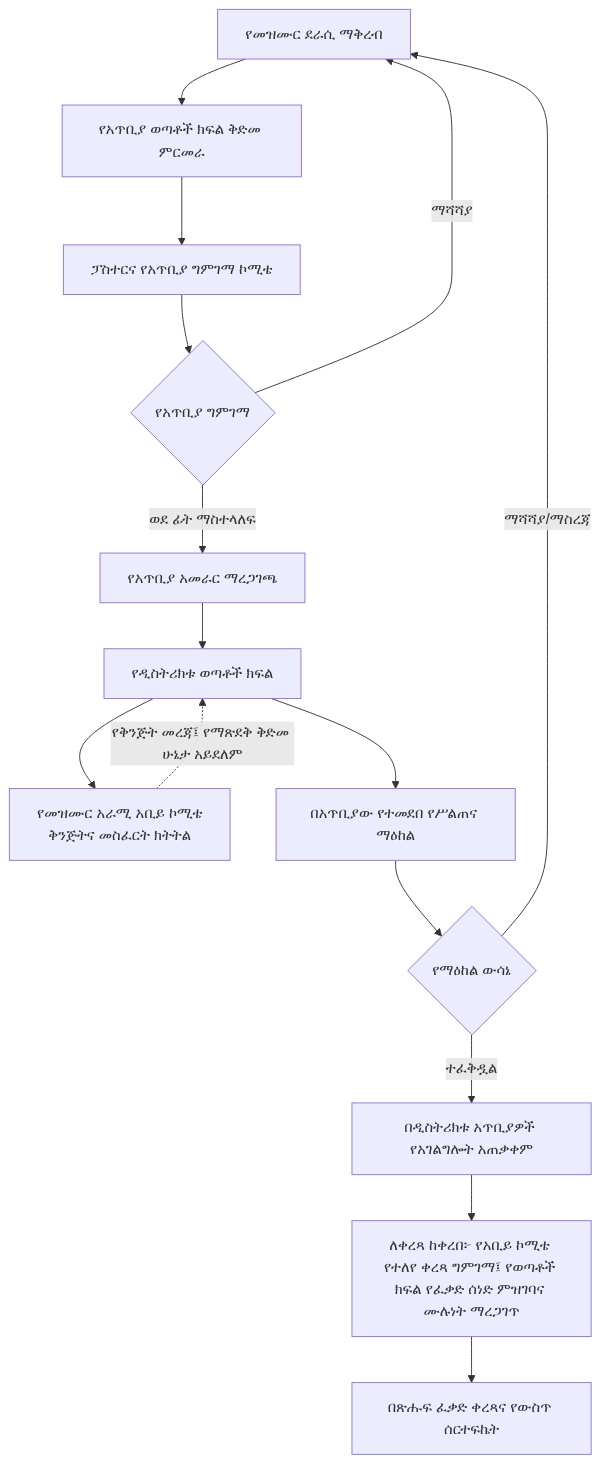
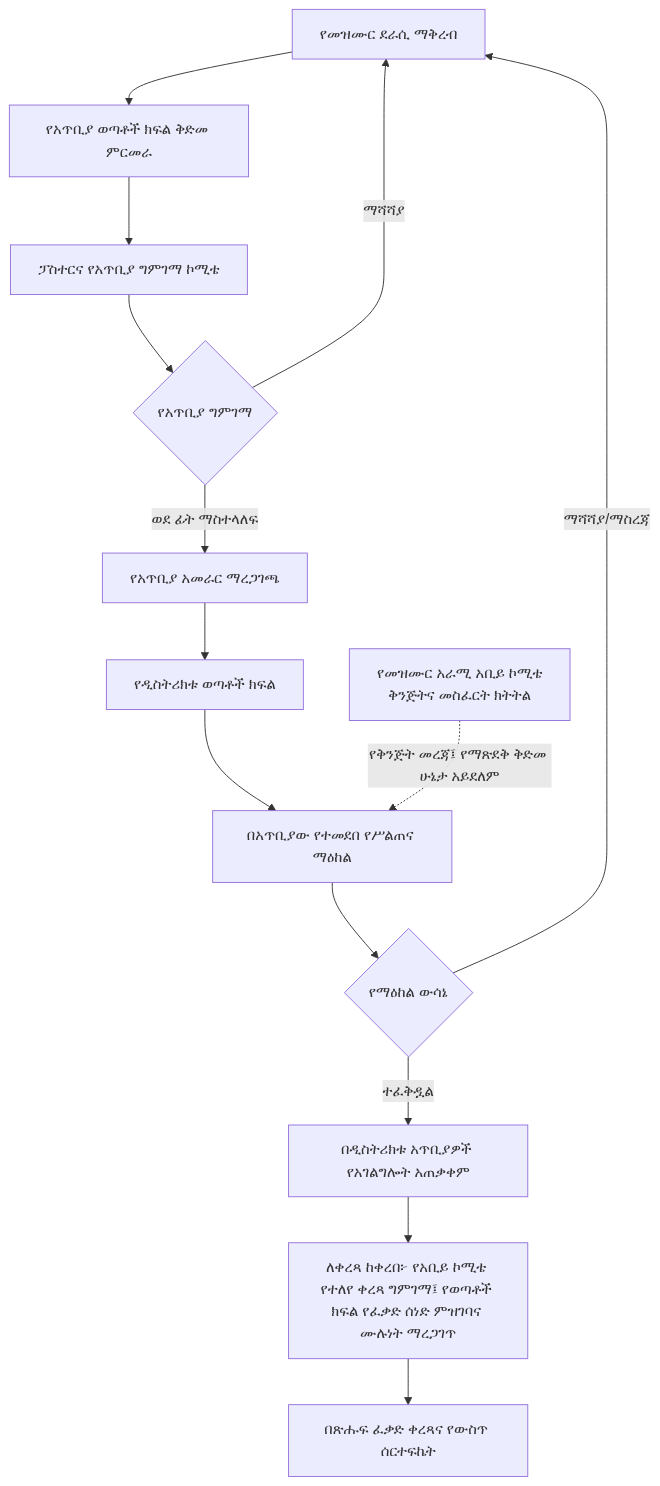
The third of 3 diagrams in docs/governance/maale-song-review-directive-am.md (akefadaka-git/ekhc-digital-platform), drawn with Mermaid before and after one commit.

Commit message:
Remove cyclic arrow from song review workflow diagram

````diff
--- a/docs/governance/maale-song-review-directive-am.md
+++ b/docs/governance/maale-song-review-directive-am.md
@@ -159,17 +159,17 @@
 ```mermaid
 flowchart TD
  A[የመዝሙር ደራሲ ማቅረብ] --> B[የአጥቢያ ወጣቶች ክፍል ቅድመ ምርመራ]
  B --> C[ፓስተርና የአጥቢያ ግምገማ ኮሚቴ]
  C --> D{የአጥቢያ ግምገማ}
  D -->|ማሻሻያ| A
  D -->|ወደ ፊት ማስተላለፍ| E[የአጥቢያ አመራር ማረጋገጫ]
  E --> F[የዲስትሪክቱ ወጣቶች ክፍል]
- F --> G[የመዝሙር አራሚ አቢይ ኮሚቴ<br/>ቅንጅትና መስፈርት ክትትል]
- G -. የቅንጅት መረጃ፤ የማጽደቅ ቅድመ ሁኔታ አይደለም .-> F
  F --> H[በአጥቢያው የተመደበ የሥልጠና ማዕከል]
+ G[የመዝሙር አራሚ አቢይ ኮሚቴ<br/>ቅንጅትና መስፈርት ክትትል]
+ G -. የቅንጅት መረጃ፤ የማጽደቅ ቅድመ ሁኔታ አይደለም .-> H
  H --> I{የማዕከል ውሳኔ}
  I -->|ማሻሻያ/ማስረጃ| A
  I -->|ተፈቅዷል| J[በዲስትሪክቱ አጥቢያዎች የአገልግሎት አጠቃቀም]
  J --> K[ለቀረጻ ከቀረበ፦ የአቢይ ኮሚቴ የተለየ ቀረጻ ግምገማ፤ የወጣቶች ክፍል የፈቃድ ሰነድ ምዝገባና ሙሉነት ማረጋገጥ]
  K --> L[በጽሑፍ ፈቃድ ቀረጻና የውስጥ ሰርተፍኬት]
 ```
````
